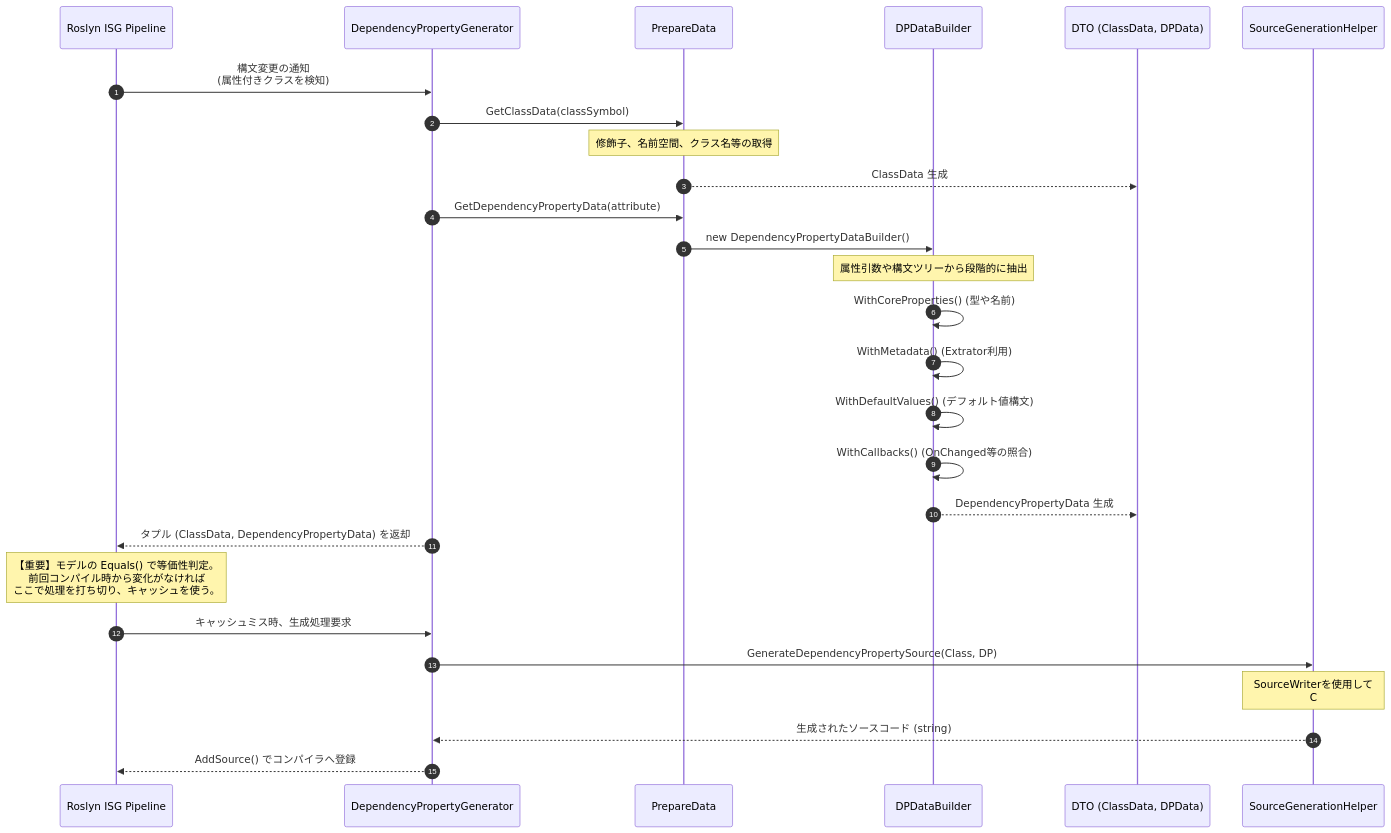
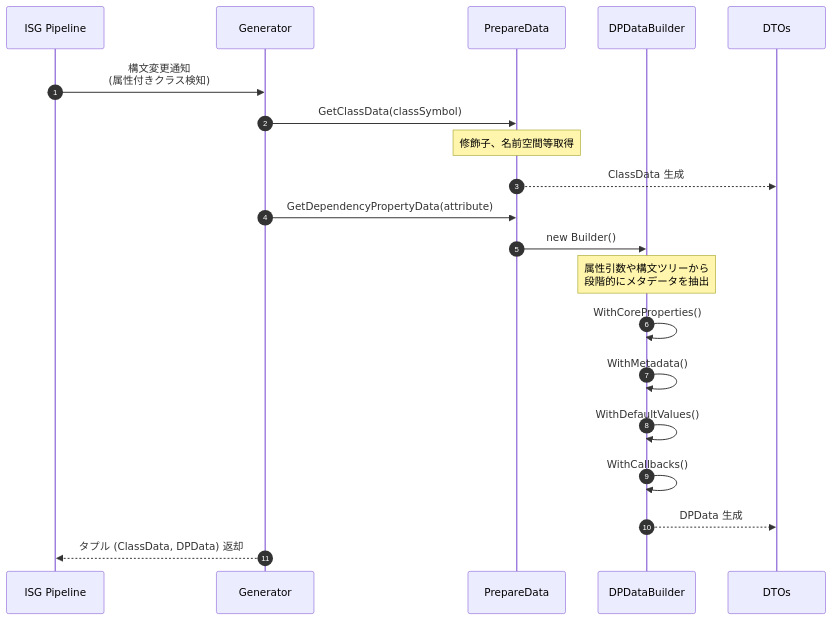
The fifth of 6 diagrams in spec/ja/02_pipeline_architecture.md (kassyi/DependencyPropertyGenerator), drawn with Mermaid before and after one commit. The commit also changed other lines of this file and 8 other files, not shown here.

````diff
--- a/spec/ja/02_pipeline_architecture.md
+++ b/spec/ja/02_pipeline_architecture.md
@@ -165,42 +198,30 @@
 ```mermaid
 sequenceDiagram
     autonumber
-    participant Roslyn as Roslyn ISG Pipeline
-    participant DPG as DependencyPropertyGenerator
+    participant Roslyn as ISG Pipeline
+    participant DPG as Generator
     participant PD as PrepareData
     participant Builder as DPDataBuilder
-    participant Models as DTO (ClassData, DPData)
-    participant Helper as SourceGenerationHelper
+    participant Models as DTOs
 
     %% 構文解析フェーズ
-    Roslyn->>DPG: 構文変更の通知<br/>(属性付きクラスを検知)
+    Roslyn->>DPG: 構文変更通知<br/>(属性付きクラス検知)
 
     %% データ抽出フェーズ
     DPG->>PD: GetClassData(classSymbol)
-    Note over PD: 修飾子、名前空間、クラス名等の取得
+    Note over PD: 修飾子、名前空間等取得
     PD-->>Models: ClassData 生成
 
     DPG->>PD: GetDependencyPropertyData(attribute)
-    PD->>Builder: new DependencyPropertyDataBuilder()
+    PD->>Builder: new Builder()
 
-    Note over Builder: 属性引数や構文ツリーから段階的に抽出
-    Builder->>Builder: WithCoreProperties() (型や名前)
-    Builder->>Builder: WithMetadata() (Extrator利用)
-    Builder->>Builder: WithDefaultValues() (デフォルト値構文)
-    Builder->>Builder: WithCallbacks() (OnChanged等の照合)
+    Note over Builder: 属性引数や構文ツリーから<br/>段階的にメタデータを抽出
+    Builder->>Builder: WithCoreProperties()
+    Builder->>Builder: WithMetadata()
+    Builder->>Builder: WithDefaultValues()
+    Builder->>Builder: WithCallbacks()
 
-    Builder-->>Models: DependencyPropertyData 生成
+    Builder-->>Models: DPData 生成
 
-    DPG-->>Roslyn: タプル (ClassData, DependencyPropertyData) を返却
-
-    %% キャッシュ判定フェーズ
-    Note over Roslyn: 【重要】モデルの Equals() で等価性判定。<br/>前回コンパイル時から変化がなければ<br/>ここで処理を打ち切り、キャッシュを使う。
-
-    %% コード生成フェーズ
-    Roslyn->>DPG: キャッシュミス時、生成処理要求
-    DPG->>Helper: GenerateDependencyPropertySource(Class, DP)
-    Note over Helper: SourceWriterを使用して<br/>C#コードを文字列結合(ゼロアロケ)
-    Helper-->>DPG: 生成されたソースコード (string)
-    DPG-->>Roslyn: AddSource() でコンパイラへ登録
-
+    DPG-->>Roslyn: タプル (ClassData, DPData) 返却
 ```
````
